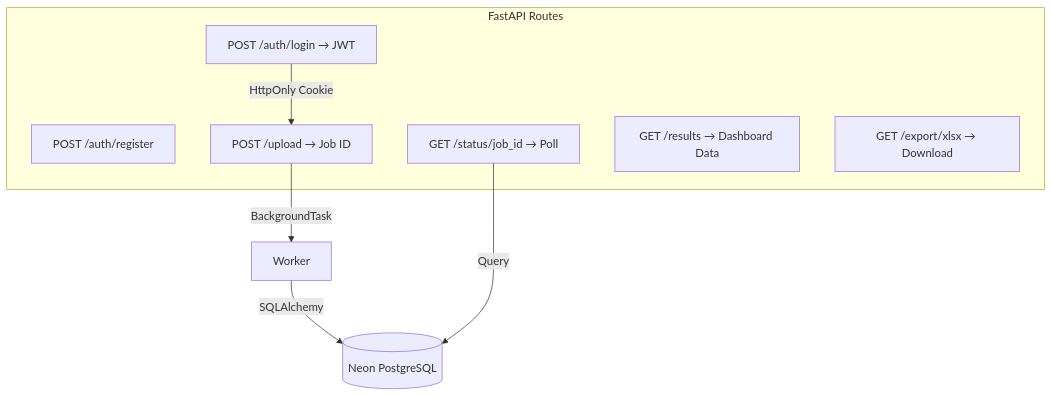
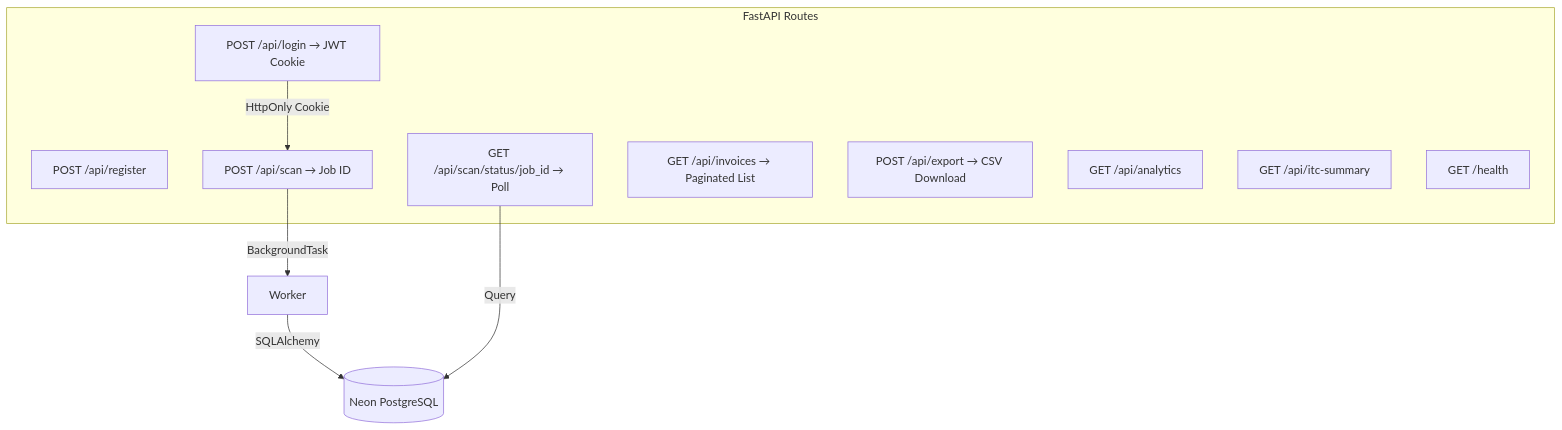
Before and after one commit to VRCHAMPION/gst_invoice_scanner: the second of 4 diagrams in ARCHITECTURE.md, drawn with Mermaid. The commit also changed other lines of this file and 39 other files, not shown here.

````diff
--- a/ARCHITECTURE.md
+++ b/ARCHITECTURE.md
@@ -101,16 +103,19 @@
 ```mermaid
 flowchart TD
     subgraph FastAPI Routes
-        R1[POST /auth/register]
-        R2[POST /auth/login → JWT]
-        R3[POST /upload → Job ID]
-        R4[GET /status/job_id → Poll]
-        R5[GET /results → Dashboard Data]
-        R6[GET /export/xlsx → Download]
+        R1[POST /api/register]
+        R2[POST /api/login → JWT Cookie]
+        R3[POST /api/scan → Job ID]
+        R4[GET /api/scan/status/job_id → Poll]
+        R5[GET /api/invoices → Paginated List]
+        R6[POST /api/export → CSV Download]
+        R7[GET /api/analytics]
+        R8[GET /api/itc-summary]
+        R9[GET /health]
     end
 
     R2 -->|HttpOnly Cookie| R3
     R3 -->|BackgroundTask| Worker
     Worker -->|SQLAlchemy| DB[(Neon PostgreSQL)]
     R4 -->|Query| DB
 ```
````
